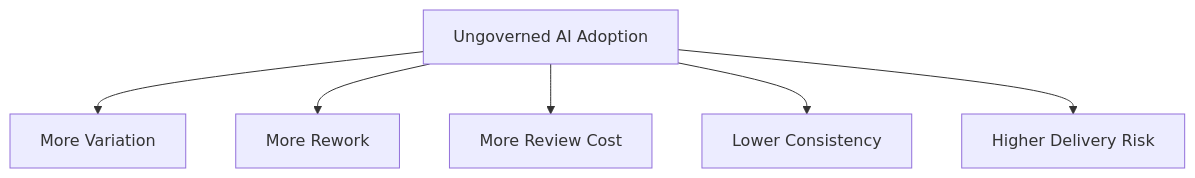
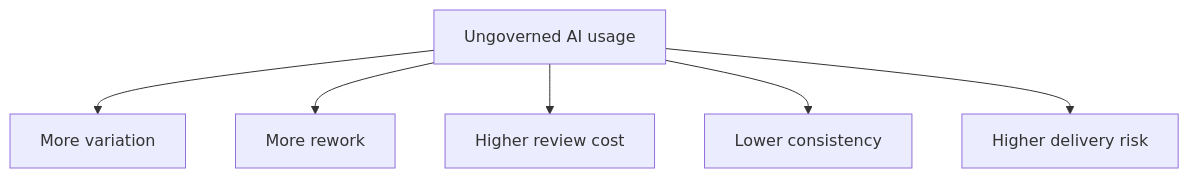
Before and after one commit to refat-asadullah-creolytix-dev/refat-asadullah-creolytix-dev: the fourth of 12 diagrams in creolytix-ai-delivery-operating-model.md, drawn with Mermaid. The commit also changed other lines of this file, not shown here.

First line of the commit message:
Revise AI delivery model for adaptability and governance

````diff
--- a/creolytix-ai-delivery-operating-model.md
+++ b/creolytix-ai-delivery-operating-model.md
@@ -148,9 +104,9 @@
 ```mermaid
 flowchart TB
-    A[Ungoverned AI Adoption]
-    A --> B[More Variation]
-    A --> C[More Rework]
-    A --> D[More Review Cost]
-    A --> E[Lower Consistency]
-    A --> F[Higher Delivery Risk]
+    A[Ungoverned AI usage]
+    A --> B[More variation]
+    A --> C[More rework]
+    A --> D[Higher review cost]
+    A --> E[Lower consistency]
+    A --> F[Higher delivery risk]
 ```
````
